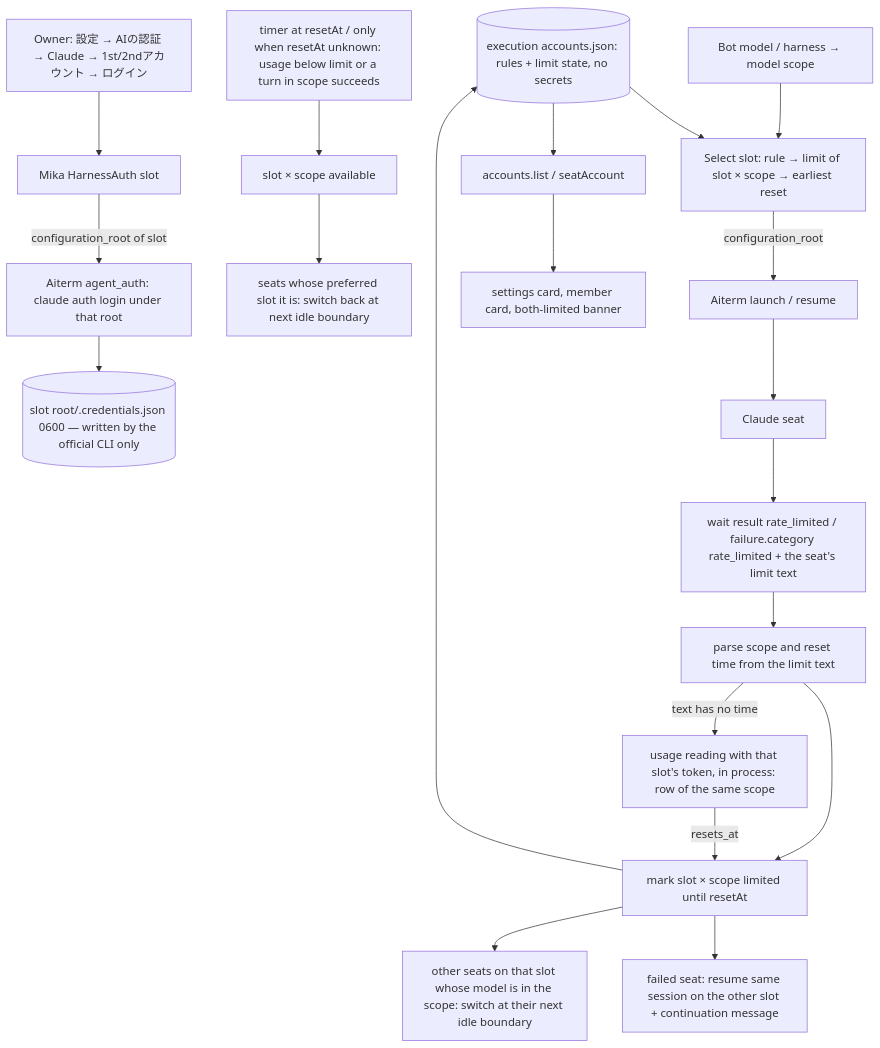
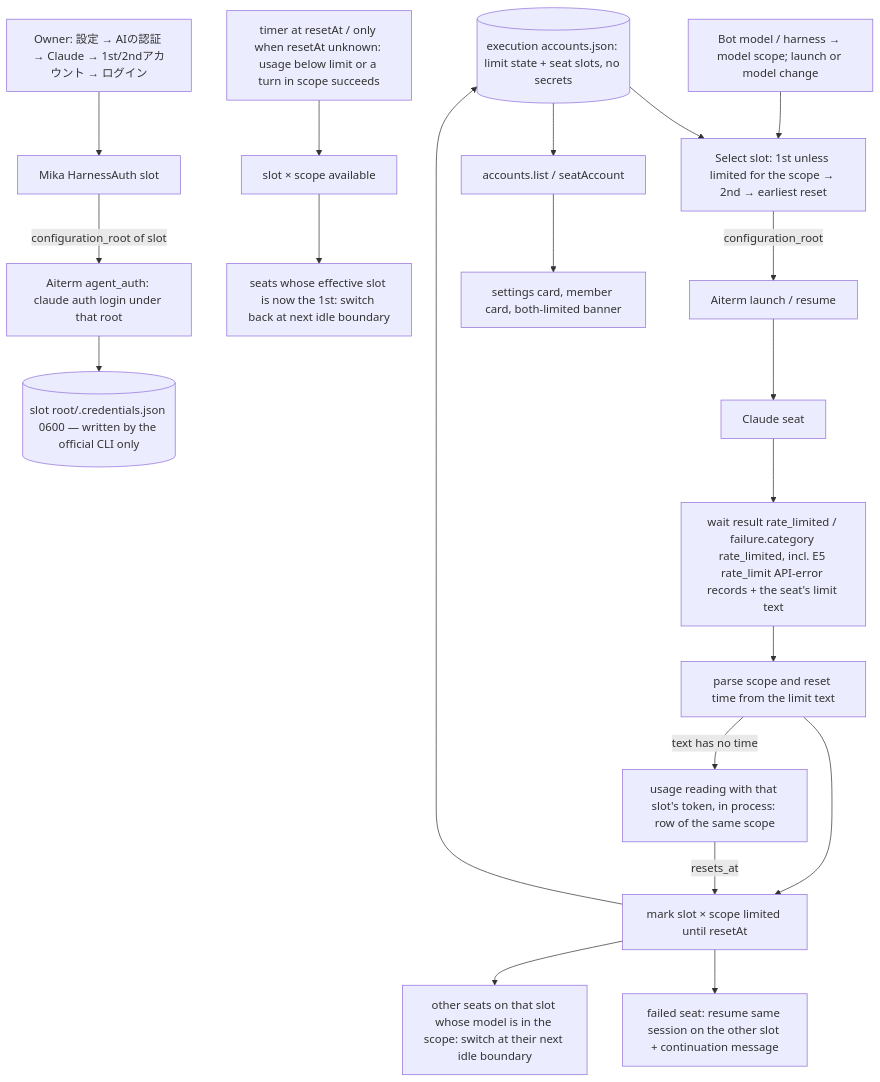
Before and after one commit to kitepon/BellTeam: the diagram in docs/architecture/modules/execution/harness-accounts.md, drawn with Mermaid. The commit also changed other lines of this file and 6 other files, not shown here.

First line of the commit message:
Accounts: limit-driven only; a model change re-selects the seat's account

````diff
--- a/docs/architecture/modules/execution/harness-accounts.md
+++ b/docs/architecture/modules/execution/harness-accounts.md
@@ -26,21 +26,21 @@
 ```mermaid
 flowchart TD
   Owner[Owner: 設定 → AIの認証 → Claude → 1st/2ndアカウント → ログイン] --> Auth[Mika HarnessAuth slot]
   Auth -->|configuration_root of slot| AitermAuth[Aiterm agent_auth: claude auth login under that root]
   AitermAuth --> Cred[(slot root/.credentials.json 0600 — written by the official CLI only)]
-  Registry[(execution accounts.json: rules + limit state, no secrets)] --> Select
-  Bot[Bot model / harness → model scope] --> Select[Select slot: rule → limit of slot × scope → earliest reset]
+  Registry[(execution accounts.json: limit state + seat slots, no secrets)] --> Select
+  Bot[Bot model / harness → model scope; launch or model change] --> Select[Select slot: 1st unless limited for the scope → 2nd → earliest reset]
   Select -->|configuration_root| Launch[Aiterm launch / resume]
   Launch --> Seat[Claude seat]
-  Seat --> Wait[wait result rate_limited / failure.category rate_limited + the seat's limit text]
+  Seat --> Wait[wait result rate_limited / failure.category rate_limited, incl. E5 rate_limit API-error records + the seat's limit text]
   Wait --> Parse[parse scope and reset time from the limit text]
   Parse --> Mark[mark slot × scope limited until resetAt]
   Parse -->|text has no time| Usage[usage reading with that slot's token, in process: row of the same scope]
   Usage -->|resets_at| Mark
   Mark --> Registry
   Mark --> Failover[failed seat: resume same session on the other slot + continuation message]
   Mark --> Idle[other seats on that slot whose model is in the scope: switch at their next idle boundary]
   Clock[timer at resetAt / only when resetAt unknown: usage below limit or a turn in scope succeeds] --> Return[slot × scope available]
-  Return --> Back[seats whose preferred slot it is: switch back at next idle boundary]
+  Return --> Back[seats whose effective slot is now the 1st: switch back at next idle boundary]
   Registry --> List[accounts.list / seatAccount] --> UI[settings card, member card, both-limited banner]
 ```
````
